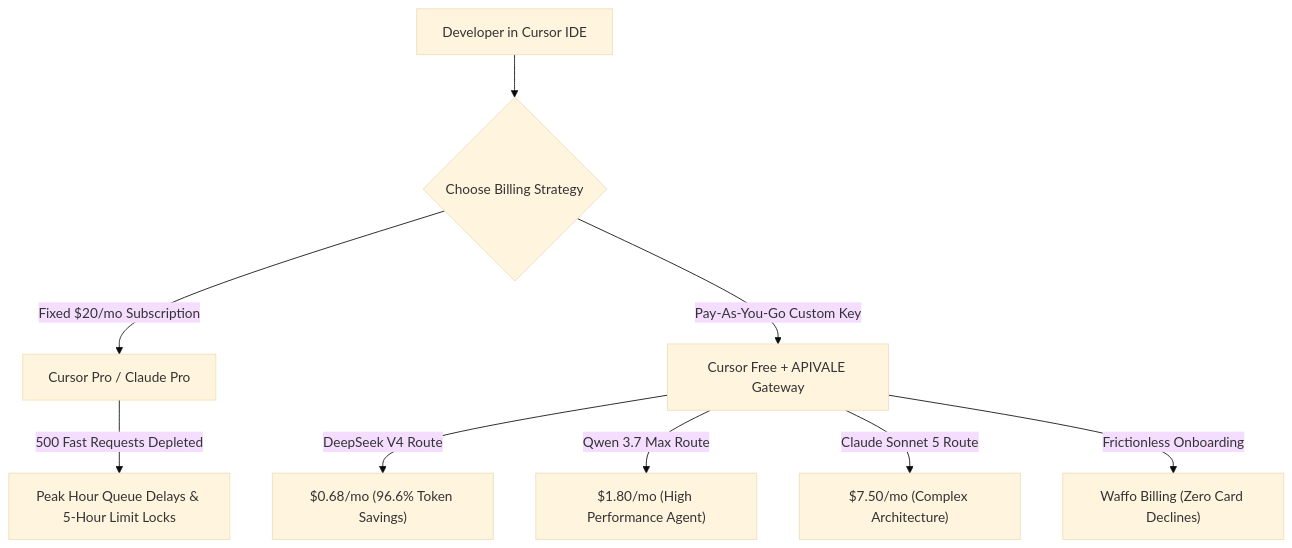
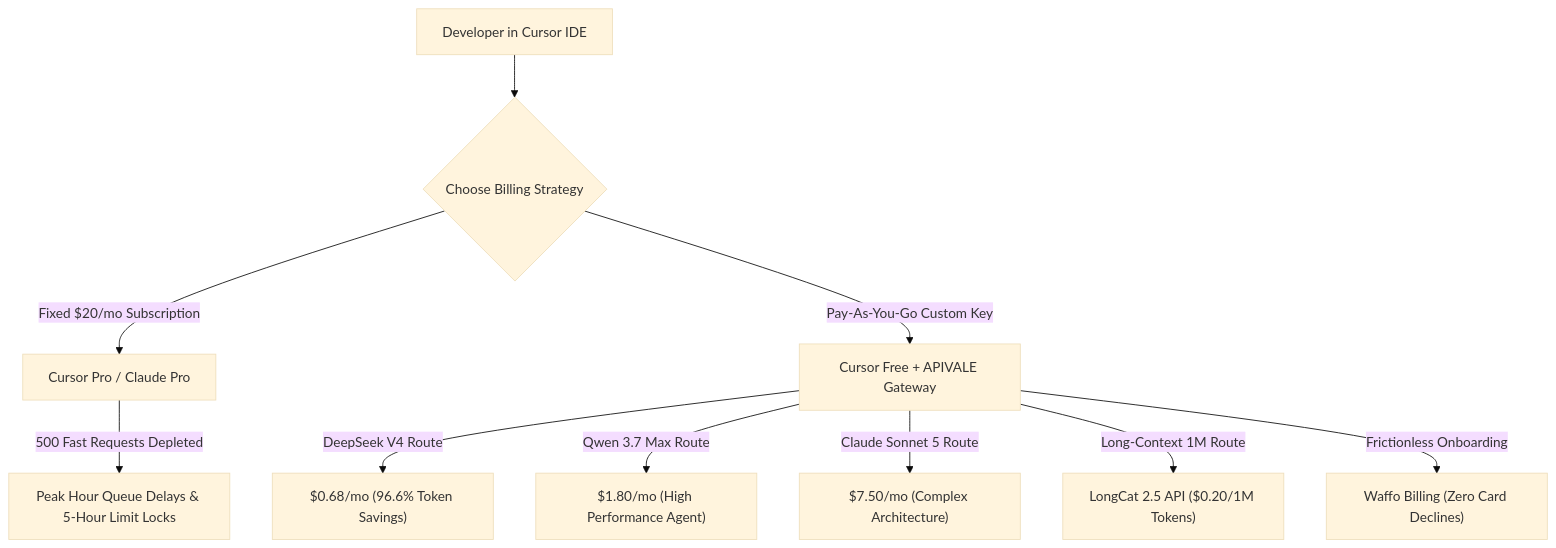
Before and after one commit to bshx2024/apivel_blog: the diagram in src/content/blog/cursor-pro-vs-custom-api-key.md, drawn with Mermaid (base theme). The commit also changed other lines of this file and 4 other files, not shown here.

Commit message:
feat(seo): weave high-authority internal mesh and calibrate LongCat 2.5 API keyword density

````diff
--- a/src/content/blog/cursor-pro-vs-custom-api-key.md
+++ b/src/content/blog/cursor-pro-vs-custom-api-key.md
@@ -51,11 +51,12 @@
 ```mermaid
 graph TD
     A["Developer in Cursor IDE"] --> B{"Choose Billing Strategy"}
     B -->|Fixed $20/mo Subscription| C["Cursor Pro / Claude Pro"]
     C -->|500 Fast Requests Depleted| D["Peak Hour Queue Delays & 5-Hour Limit Locks"]
     B -->|Pay-As-You-Go Custom Key| E["Cursor Free + APIVALE Gateway"]
     E -->|DeepSeek V4 Route| F["$0.68/mo (96.6% Token Savings)"]
     E -->|Qwen 3.7 Max Route| G["$1.80/mo (High Performance Agent)"]
     E -->|Claude Sonnet 5 Route| H["$7.50/mo (Complex Architecture)"]
+    E -->|Long-Context 1M Route| J["LongCat 2.5 API ($0.20/1M Tokens)"]
     E -->|Frictionless Onboarding| I["Waffo Billing (Zero Card Declines)"]
 ```
````
